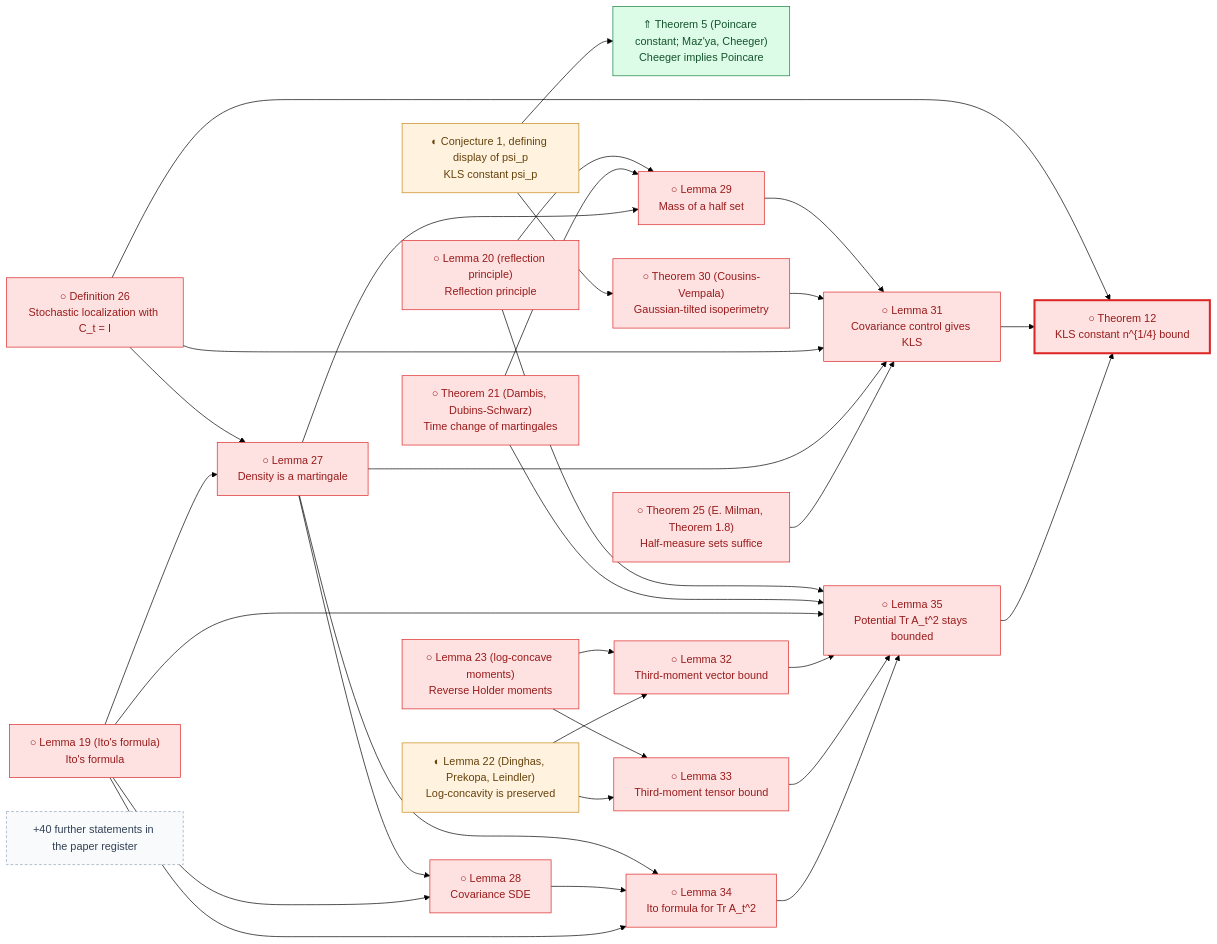
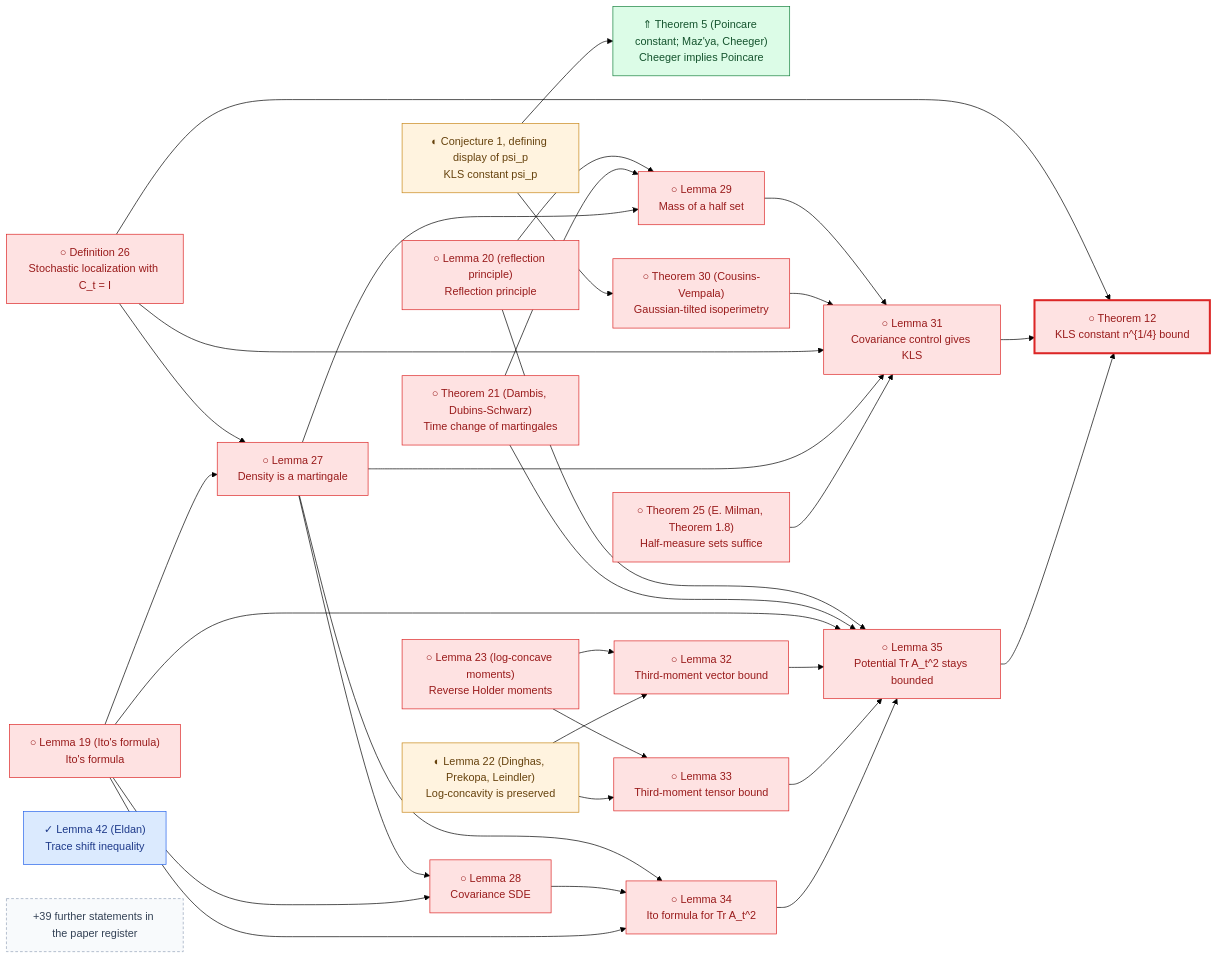
The tenth of 24 diagrams in research/progress/README.md (human-ai-mathematics/kls-lean), drawn with Mermaid (forest theme) before and after one commit. The commit also changed other lines of this file and 11 other files, not shown here.

First line of the commit message:
Formalize Lee–Vempala Lemma 42 and Guédon–Milman Lemma A.2

````diff
--- a/research/progress/README.md
+++ b/research/progress/README.md
@@ -507,62 +507,65 @@
 ```mermaid
 flowchart LR
     LeeVempala2024_Dpsi["◐ Conjecture 1, defining display of psi_p<br/>KLS constant psi_p"]
     LeeVempala2024_T5["⇑ Theorem 5 (Poincare constant; Maz'ya, Cheeger)<br/>Cheeger implies Poincare"]
     LeeVempala2024_T12["○ Theorem 12<br/>KLS constant n^{1/4} bound"]
     LeeVempala2024_L19["○ Lemma 19 (Ito's formula)<br/>Ito's formula"]
     LeeVempala2024_L20["○ Lemma 20 (reflection principle)<br/>Reflection principle"]
     LeeVempala2024_T21["○ Theorem 21 (Dambis, Dubins-Schwarz)<br/>Time change of martingales"]
     LeeVempala2024_L22["◐ Lemma 22 (Dinghas, Prekopa, Leindler)<br/>Log-concavity is preserved"]
     LeeVempala2024_L23["○ Lemma 23 (log-concave moments)<br/>Reverse Holder moments"]
     LeeVempala2024_T25["○ Theorem 25 (E. Milman, Theorem 1.8)<br/>Half-measure sets suffice"]
     LeeVempala2024_D26["○ Definition 26<br/>Stochastic localization with C_t = I"]
     LeeVempala2024_L27["○ Lemma 27<br/>Density is a martingale"]
     LeeVempala2024_L28["○ Lemma 28<br/>Covariance SDE"]
     LeeVempala2024_L29["○ Lemma 29<br/>Mass of a half set"]
     LeeVempala2024_T30["○ Theorem 30 (Cousins-Vempala)<br/>Gaussian-tilted isoperimetry"]
     LeeVempala2024_L31["○ Lemma 31<br/>Covariance control gives KLS"]
     LeeVempala2024_L32["○ Lemma 32<br/>Third-moment vector bound"]
     LeeVempala2024_L33["○ Lemma 33<br/>Third-moment tensor bound"]
     LeeVempala2024_L34["○ Lemma 34<br/>Ito formula for Tr A_t^2"]
     LeeVempala2024_L35["○ Lemma 35<br/>Potential Tr A_t^2 stays bounded"]
+    LeeVempala2024_L42["✓ Lemma 42 (Eldan)<br/>Trace shift inequality"]
     LeeVempala2024_Dpsi --> LeeVempala2024_T5
     LeeVempala2024_L35 --> LeeVempala2024_T12
     LeeVempala2024_L31 --> LeeVempala2024_T12
     LeeVempala2024_D26 --> LeeVempala2024_T12
     LeeVempala2024_L19 --> LeeVempala2024_L27
     LeeVempala2024_D26 --> LeeVempala2024_L27
     LeeVempala2024_L19 --> LeeVempala2024_L28
     LeeVempala2024_L27 --> LeeVempala2024_L28
     LeeVempala2024_L27 --> LeeVempala2024_L29
     LeeVempala2024_T21 --> LeeVempala2024_L29
     LeeVempala2024_L20 --> LeeVempala2024_L29
     LeeVempala2024_Dpsi --> LeeVempala2024_T30
     LeeVempala2024_T25 --> LeeVempala2024_L31
     LeeVempala2024_L27 --> LeeVempala2024_L31
     LeeVempala2024_D26 --> LeeVempala2024_L31
     LeeVempala2024_T30 --> LeeVempala2024_L31
     LeeVempala2024_L29 --> LeeVempala2024_L31
     LeeVempala2024_L22 --> LeeVempala2024_L32
     LeeVempala2024_L23 --> LeeVempala2024_L32
     LeeVempala2024_L22 --> LeeVempala2024_L33
     LeeVempala2024_L23 --> LeeVempala2024_L33
     LeeVempala2024_L19 --> LeeVempala2024_L34
     LeeVempala2024_L28 --> LeeVempala2024_L34
     LeeVempala2024_L27 --> LeeVempala2024_L34
     LeeVempala2024_L34 --> LeeVempala2024_L35
     LeeVempala2024_L33 --> LeeVempala2024_L35
     LeeVempala2024_L32 --> LeeVempala2024_L35
     LeeVempala2024_L19 --> LeeVempala2024_L35
     LeeVempala2024_T21 --> LeeVempala2024_L35
     LeeVempala2024_L20 --> LeeVempala2024_L35
-    LeeVempala2024_more["+40 further statements in the paper register"]
+    LeeVempala2024_more["+39 further statements in the paper register"]
+    classDef lemma_formalized fill:#dbeafe,stroke:#2563eb,color:#1e3a8a;
+    class LeeVempala2024_L42 lemma_formalized;
     classDef lemma_partial fill:#fff3df,stroke:#c88719,color:#66420d;
     class LeeVempala2024_Dpsi,LeeVempala2024_L22 lemma_partial;
     classDef lemma_pending fill:#fee2e2,stroke:#dc2626,color:#991b1b;
     class LeeVempala2024_T12,LeeVempala2024_L19,LeeVempala2024_L20,LeeVempala2024_T21,LeeVempala2024_L23,LeeVempala2024_T25,LeeVempala2024_D26,LeeVempala2024_L27,LeeVempala2024_L28,LeeVempala2024_L29,LeeVempala2024_T30,LeeVempala2024_L31,LeeVempala2024_L32,LeeVempala2024_L33,LeeVempala2024_L34,LeeVempala2024_L35 lemma_pending;
     classDef lemma_improved fill:#dcfce7,stroke:#15803d,color:#14532d;
     class LeeVempala2024_T5 lemma_improved;
     style LeeVempala2024_T12 stroke-width:3px
     classDef lemma_more fill:#f8fafc,stroke:#94a3b8,color:#334155,stroke-dasharray:4 3;
     class LeeVempala2024_more lemma_more;
 ```
````
